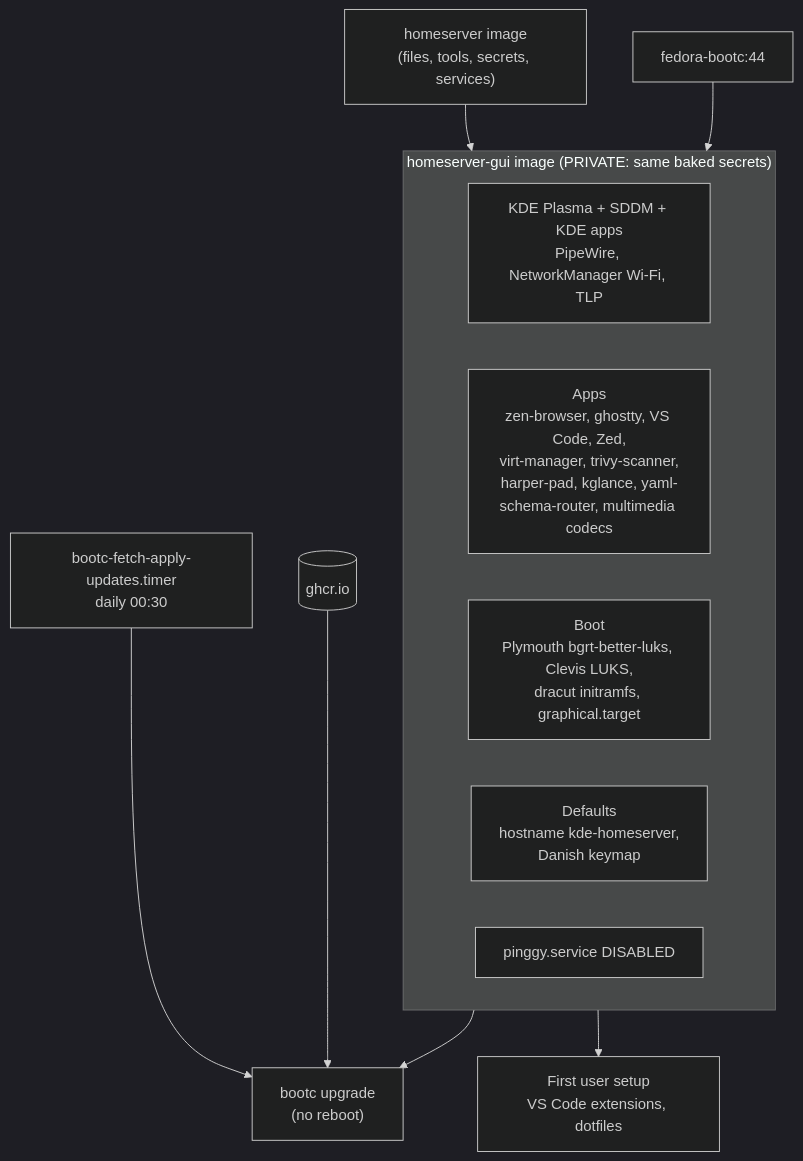
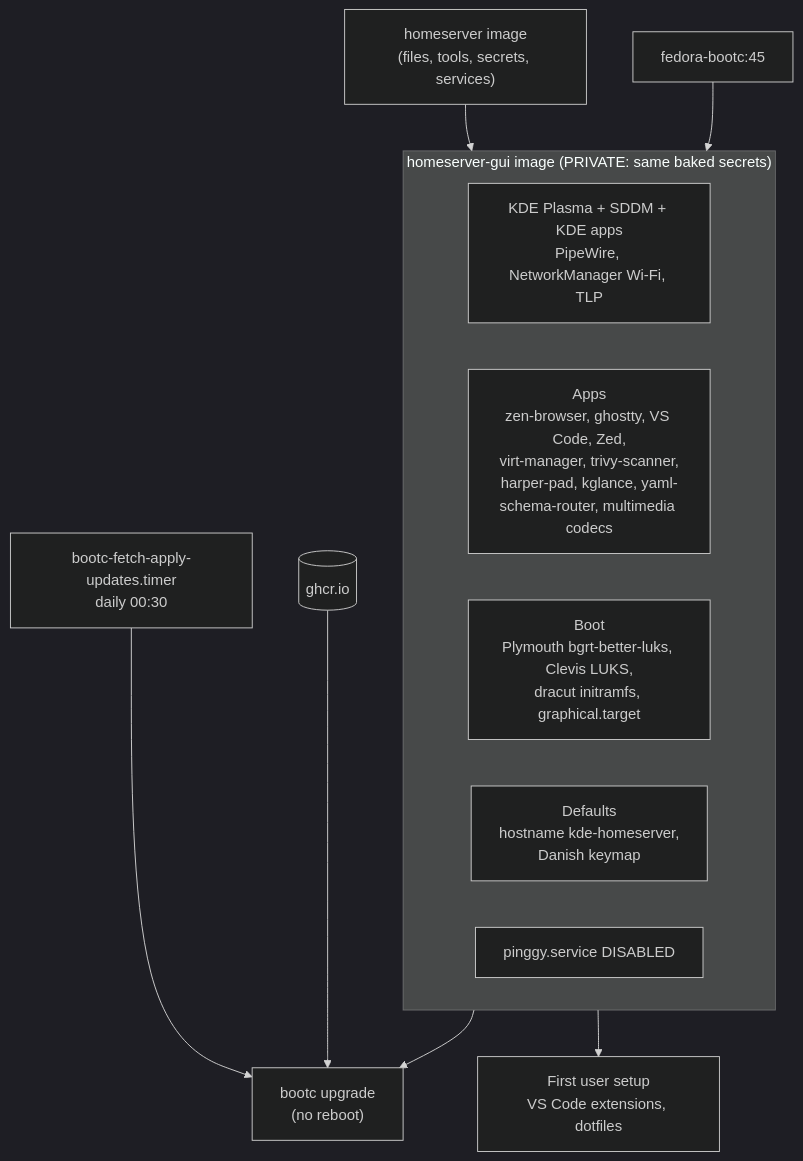
Before and after one commit to cthtrifork/homeserver-bootc: the diagram in docs/homeserver-gui/README.md, drawn with Mermaid (dark theme). The commit also changed 3 other files, not shown here.

First line of the commit message:
fix: point the base image references at fedora-bootc:45

````diff
--- a/docs/homeserver-gui/README.md
+++ b/docs/homeserver-gui/README.md
@@ -11,16 +11,16 @@
 ```mermaid
 flowchart TD
     HS["homeserver image<br/>(files, tools, secrets, services)"] --> IMG
-    BASE["fedora-bootc:44"] --> IMG
+    BASE["fedora-bootc:45"] --> IMG
     subgraph IMG["homeserver-gui image (PRIVATE: same baked secrets)"]
         KDE["KDE Plasma + SDDM + KDE apps<br/>PipeWire, NetworkManager Wi-Fi, TLP"]
         APPS["Apps<br/>zen-browser, ghostty, VS Code, Zed,<br/>virt-manager, trivy-scanner,<br/>harper-pad, kglance, yaml-schema-router, multimedia codecs"]
         BOOTX["Boot<br/>Plymouth bgrt-better-luks, Clevis LUKS,<br/>dracut initramfs, graphical.target"]
         DEF["Defaults<br/>hostname kde-homeserver,<br/>Danish keymap"]
         NOPING["pinggy.service DISABLED"]
     end
     TIMER["bootc-fetch-apply-updates.timer<br/>daily 00:30"] --> UPG["bootc upgrade<br/>(no reboot)"]
     REG[("ghcr.io")] --> UPG
     IMG --> UPG
     IMG --> FB["First user setup<br/>VS Code extensions, dotfiles"]
 ```
````
